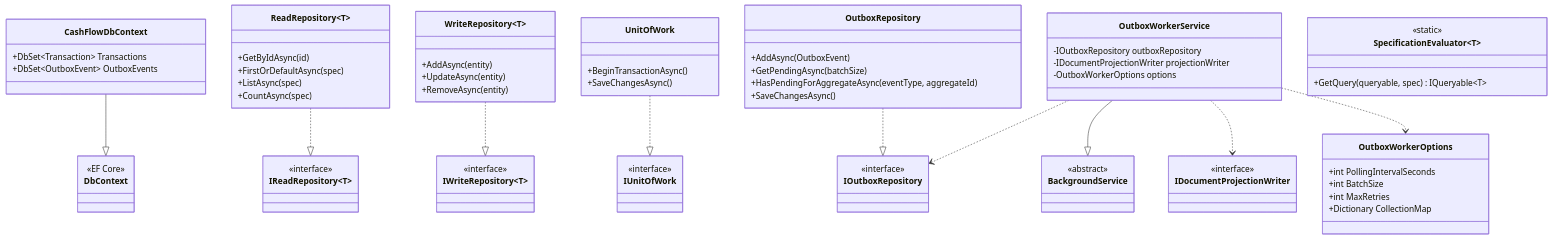
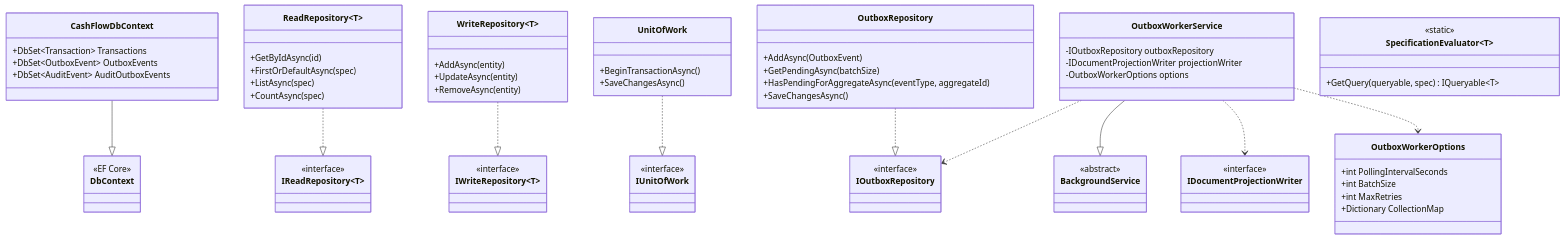
The first of 4 diagrams in docs/architecture/cashflow/layer-04-relational.md (filipececcon/arch-challenge), drawn with Mermaid before and after one commit. The commit also changed other lines of this file and 120 other files, not shown here.

```diff
--- a/docs/architecture/cashflow/layer-04-relational.md
+++ b/docs/architecture/cashflow/layer-04-relational.md
@@ -37,6 +39,7 @@
     class CashFlowDbContext {
         +DbSet~Transaction~ Transactions
         +DbSet~OutboxEvent~ OutboxEvents
+        +DbSet~AuditEvent~ AuditOutboxEvents
     }
 
     class IReadRepository~T~ {
```
